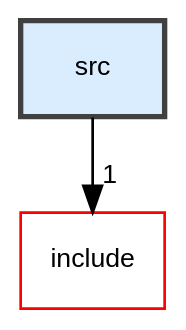
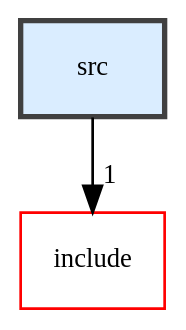
Before and after one commit to LuxAter/Specula: the diagram in dir_68267d1309a1af8e8297ef4c3efbcdba_dep.dot, drawn with Graphviz. The commit also changed 44 other files, not shown here.

```diff
--- a/dir_68267d1309a1af8e8297ef4c3efbcdba_dep.dot
+++ b/dir_68267d1309a1af8e8297ef4c3efbcdba_dep.dot
@@ -1,11 +1,11 @@
 digraph "src"
 {
  // LATEX_PDF_SIZE
   bgcolor="transparent";
-  edge [fontname="Helvetica",fontsize="10",labelfontname="Helvetica",labelfontsize="10"];
-  node [fontname="Helvetica",fontsize="10",shape=record];
+  edge [fontname="Iosevka",fontsize="10",labelfontname="Iosevka",labelfontsize="10"];
+  node [fontname="Iosevka",fontsize="10",shape=record];
   compound=true
   dir_68267d1309a1af8e8297ef4c3efbcdba [shape=box, label="src", style="filled,bold,", fillcolor="#daedff", color="grey25", URL="dir_68267d1309a1af8e8297ef4c3efbcdba.html"];
   dir_d44c64559bbebec7f509842c48db8b23 [shape=box, label="include", style="", fillcolor="#daedff", color="red", URL="dir_d44c64559bbebec7f509842c48db8b23.html"];
-  dir_68267d1309a1af8e8297ef4c3efbcdba->dir_d44c64559bbebec7f509842c48db8b23 [headlabel="1", labeldistance=1.5 headhref="dir_000006_000003.html"];
+  dir_68267d1309a1af8e8297ef4c3efbcdba->dir_d44c64559bbebec7f509842c48db8b23 [headlabel="1", labeldistance=1.5 headhref="dir_000003_000001.html"];
 }
```
